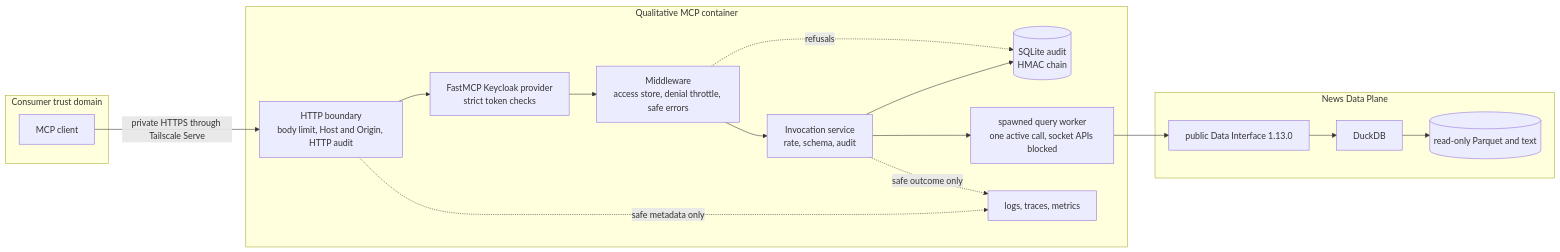
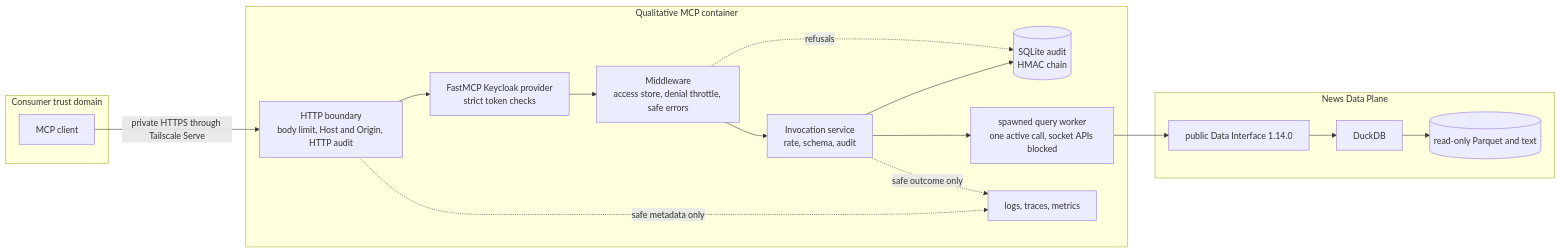
One commit to SiddarthaKoppaka/stram_qualitative_mcp changed the first of 4 diagrams in docs/explanation/architecture.md. Above: the diagram before and after it, drawn with Mermaid. The commit also changed other lines of this file and 27 other files, not shown here.

````diff
--- a/docs/explanation/architecture.md
+++ b/docs/explanation/architecture.md
@@ -11,26 +11,26 @@
 ```mermaid
 flowchart LR
     subgraph consumer[Consumer trust domain]
         C[MCP client]
     end
     subgraph tool[Qualitative MCP container]
         H[HTTP boundary<br/>body limit, Host and Origin, HTTP audit]
         A[FastMCP Keycloak provider<br/>strict token checks]
         M[Middleware<br/>access store, denial throttle, safe errors]
         P[Invocation service<br/>rate, schema, audit]
         J[(SQLite audit<br/>HMAC chain)]
         W[spawned query worker<br/>one active call, socket APIs blocked]
         O[logs, traces, metrics]
     end
     subgraph data[News Data Plane]
-        I[public Data Interface 1.13.0]
+        I[public Data Interface 1.14.0]
         Q[DuckDB]
         L[(read-only Parquet and text)]
     end
     C -->|private HTTPS through Tailscale Serve| H --> A --> M --> P
     P --> J
     M -. refusals .-> J
     P --> W --> I --> Q --> L
     H -. safe metadata only .-> O
     P -. safe outcome only .-> O
 ```
````
